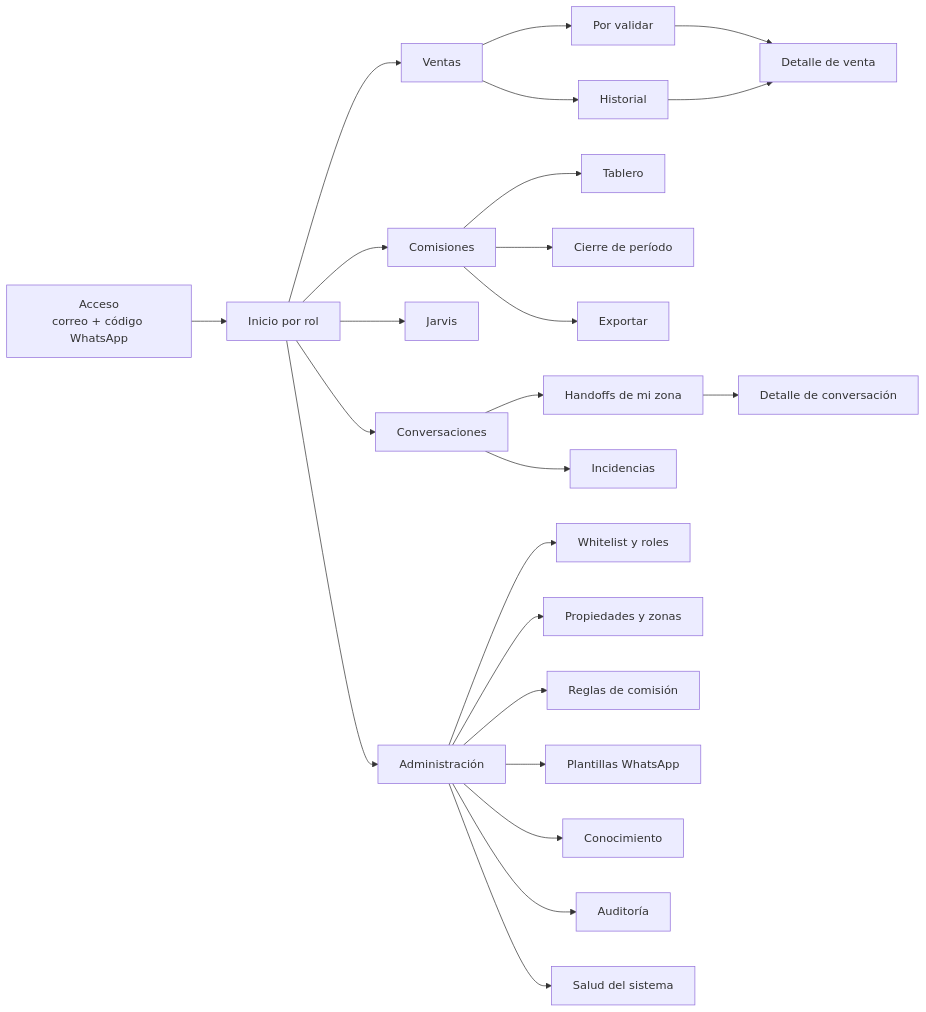
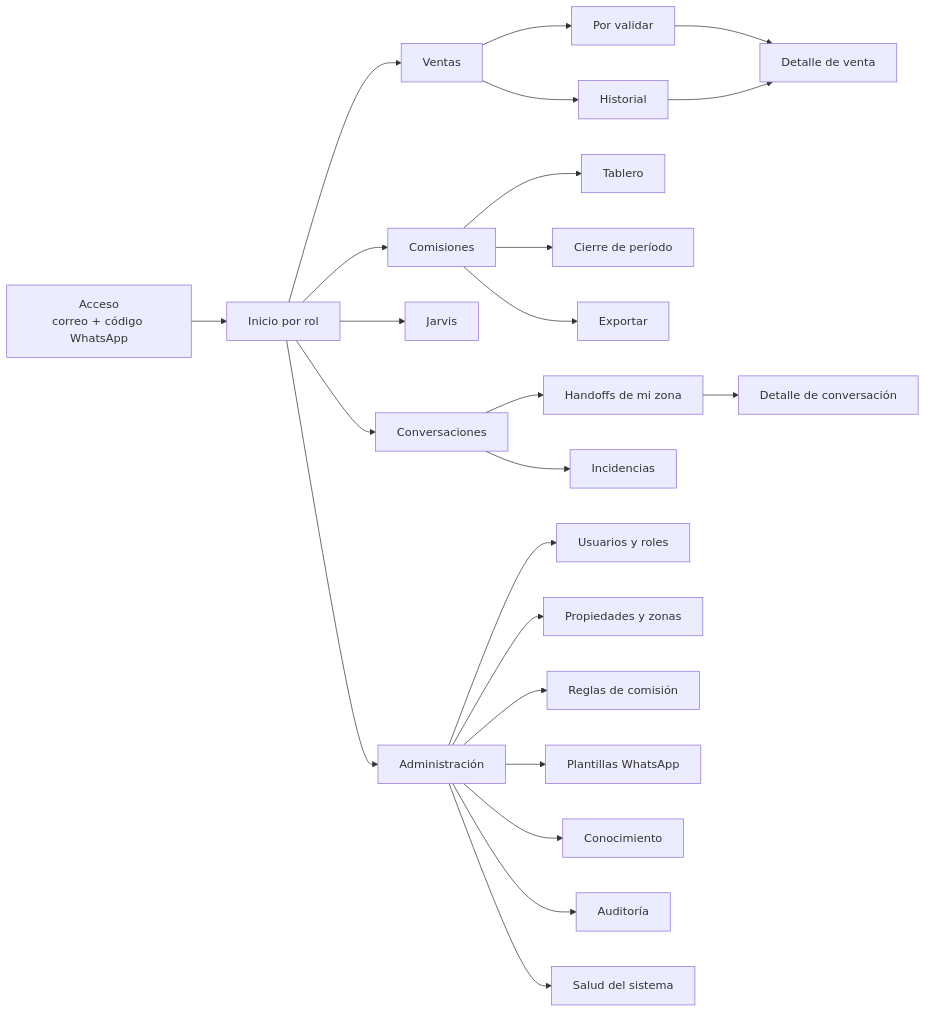
Before and after one commit to jucaprosi/Asistencia: the diagram in docs/FRONTEND.md, drawn with Mermaid. The commit also changed other lines of this file and 56 other files, not shown here.

````diff
--- a/docs/FRONTEND.md
+++ b/docs/FRONTEND.md
@@ -43,26 +43,26 @@
 ```mermaid
 flowchart LR
     A[Acceso<br/>correo + código WhatsApp] --> I[Inicio por rol]
     I --> V[Ventas]
     V --> V1[Por validar]
     V --> V2[Historial]
     V1 --> V3[Detalle de venta]
     V2 --> V3
     I --> C[Comisiones]
     C --> C1[Tablero]
     C --> C2[Cierre de período]
     C --> C3[Exportar]
     I --> J[Jarvis]
     I --> H[Conversaciones]
     H --> H1[Handoffs de mi zona]
     H1 --> H2[Detalle de conversación]
     H --> H3[Incidencias]
     I --> ADM[Administración]
-    ADM --> A1[Whitelist y roles]
+    ADM --> A1[Usuarios y roles]
     ADM --> A2[Propiedades y zonas]
     ADM --> A3[Reglas de comisión]
     ADM --> A4[Plantillas WhatsApp]
     ADM --> A5[Conocimiento]
     ADM --> A6[Auditoría]
     ADM --> A7[Salud del sistema]
 ```
````
